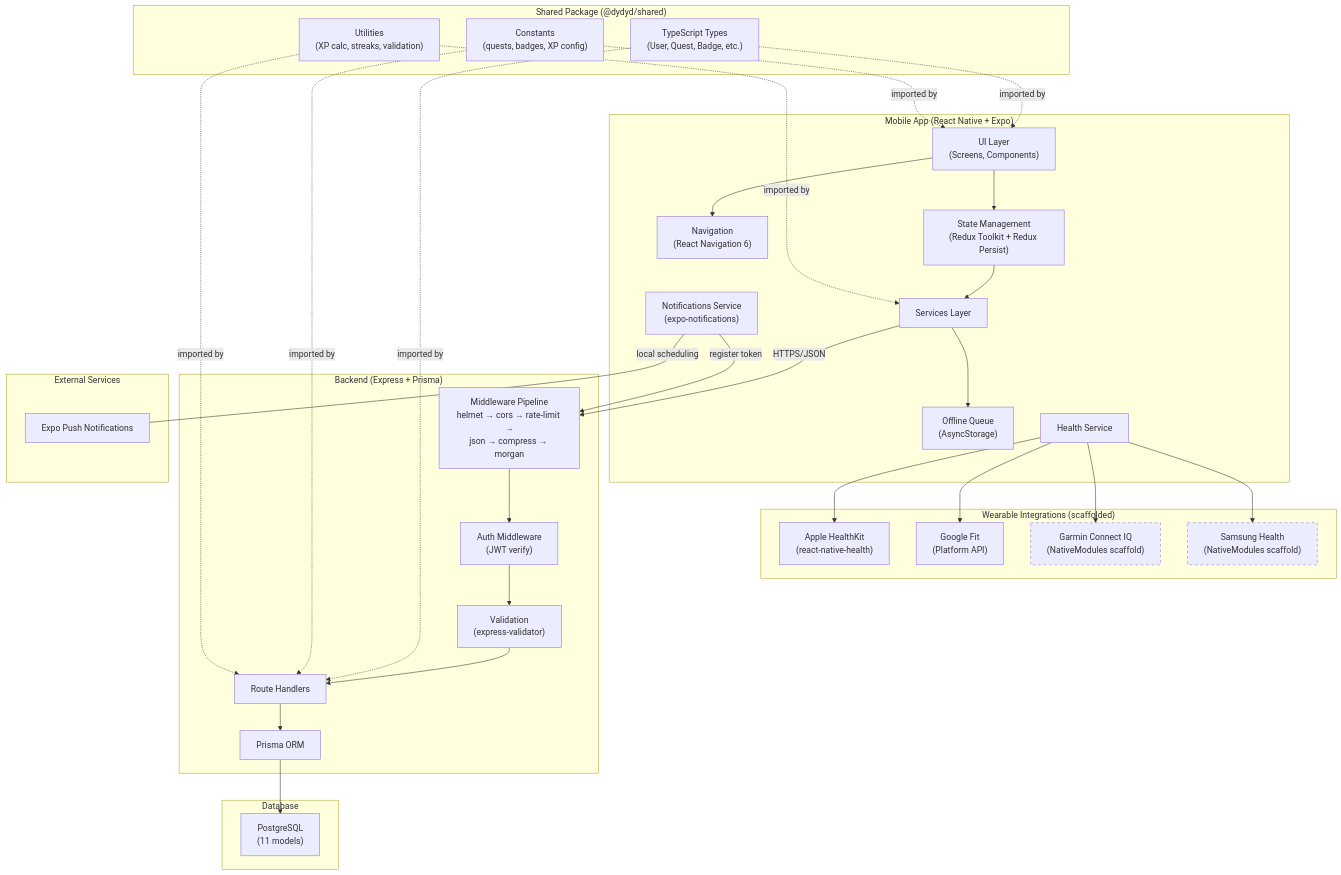
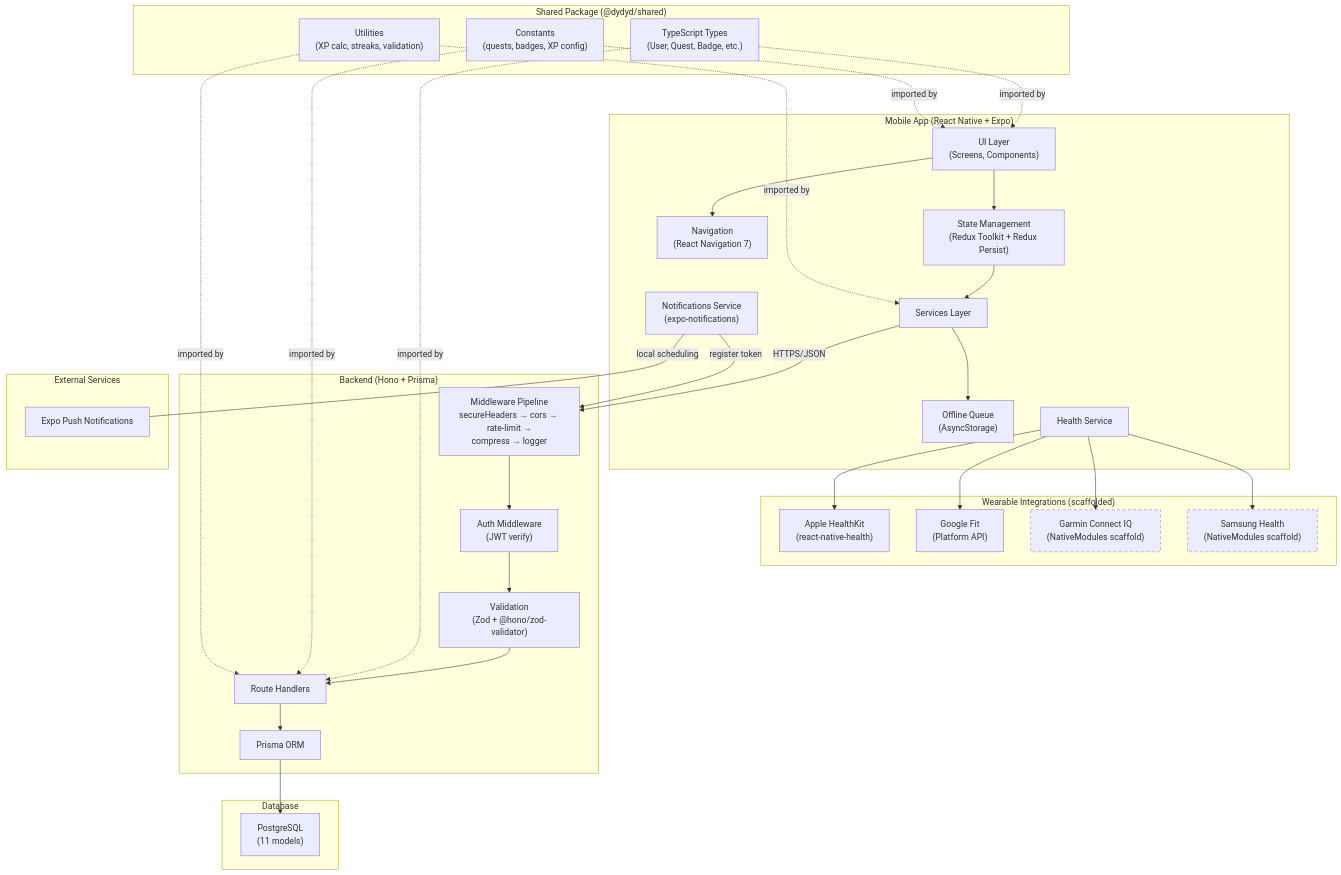
The first of 6 diagrams in docs/architecture/overview.md (edmundtrinh/DYDYD), drawn with Mermaid before and after one commit. The commit also changed other lines of this file and 3 other files, not shown here.

First line of the commit message:
docs: update roadmap, README, and architecture docs for modernized stack

````diff
--- a/docs/architecture/overview.md
+++ b/docs/architecture/overview.md
@@ -35,70 +35,70 @@
 ```mermaid
 graph TB
     subgraph "Mobile App (React Native + Expo)"
         UI["UI Layer<br/>(Screens, Components)"]
-        NAV["Navigation<br/>(React Navigation 6)"]
+        NAV["Navigation<br/>(React Navigation 7)"]
         REDUX["State Management<br/>(Redux Toolkit + Redux Persist)"]
         SERVICES["Services Layer"]
         OFFLINE["Offline Queue<br/>(AsyncStorage)"]
         HEALTH_SVC["Health Service"]
         NOTIF_SVC["Notifications Service<br/>(expo-notifications)"]
     end
 
     subgraph "Wearable Integrations (scaffolded)"
         AH["Apple HealthKit<br/>(react-native-health)"]
         GF["Google Fit<br/>(Platform API)"]
         GARMIN["Garmin Connect IQ<br/>(NativeModules scaffold)"]
         SAMSUNG["Samsung Health<br/>(NativeModules scaffold)"]
     end
 
-    subgraph "Backend (Express + Prisma)"
-        MW["Middleware Pipeline<br/>helmet → cors → rate-limit →<br/>json → compress → morgan"]
+    subgraph "Backend (Hono + Prisma)"
+        MW["Middleware Pipeline<br/>secureHeaders → cors → rate-limit →<br/>compress → logger"]
         AUTH_MW["Auth Middleware<br/>(JWT verify)"]
-        VAL["Validation<br/>(express-validator)"]
+        VAL["Validation<br/>(Zod + @hono/zod-validator)"]
         ROUTES["Route Handlers"]
         PRISMA["Prisma ORM"]
     end
 
     subgraph "Database"
         PG["PostgreSQL<br/>(11 models)"]
     end
 
     subgraph "External Services"
         EXPO_PUSH["Expo Push Notifications"]
     end
 
     subgraph "Shared Package (@dydyd/shared)"
         TYPES["TypeScript Types<br/>(User, Quest, Badge, etc.)"]
         CONSTANTS["Constants<br/>(quests, badges, XP config)"]
         UTILS["Utilities<br/>(XP calc, streaks, validation)"]
     end
 
     UI --> NAV
     UI --> REDUX
     REDUX --> SERVICES
     SERVICES --> OFFLINE
     SERVICES -->|"HTTPS/JSON"| MW
     HEALTH_SVC --> AH
     HEALTH_SVC --> GF
     HEALTH_SVC --> GARMIN
     HEALTH_SVC --> SAMSUNG
     NOTIF_SVC -->|"register token"| MW
 
     MW --> AUTH_MW
     AUTH_MW --> VAL
     VAL --> ROUTES
     ROUTES --> PRISMA
     PRISMA --> PG
 
     NOTIF_SVC ---|"local scheduling"| EXPO_PUSH
 
     TYPES -.->|"imported by"| UI
     TYPES -.->|"imported by"| ROUTES
     CONSTANTS -.->|"imported by"| UI
     CONSTANTS -.->|"imported by"| ROUTES
     UTILS -.->|"imported by"| SERVICES
     UTILS -.->|"imported by"| ROUTES
 
     style GARMIN stroke-dasharray: 5 5
     style SAMSUNG stroke-dasharray: 5 5
 ```
````
